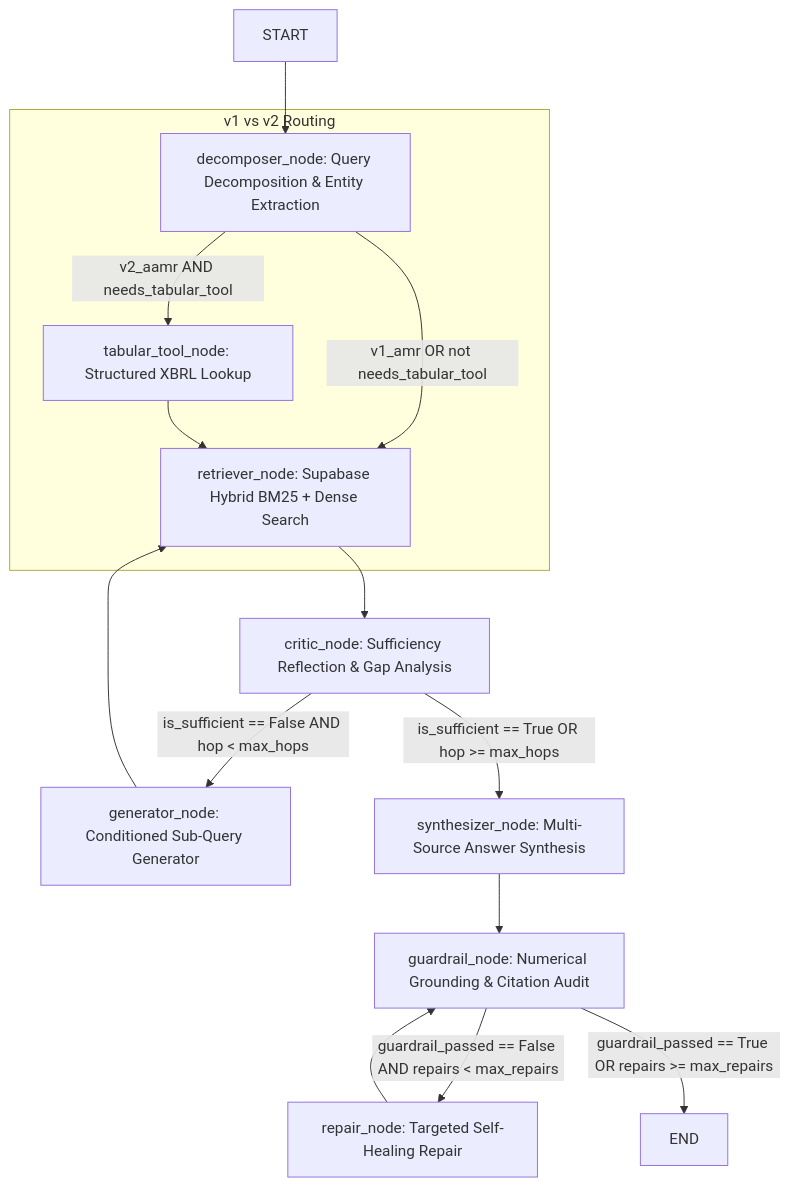
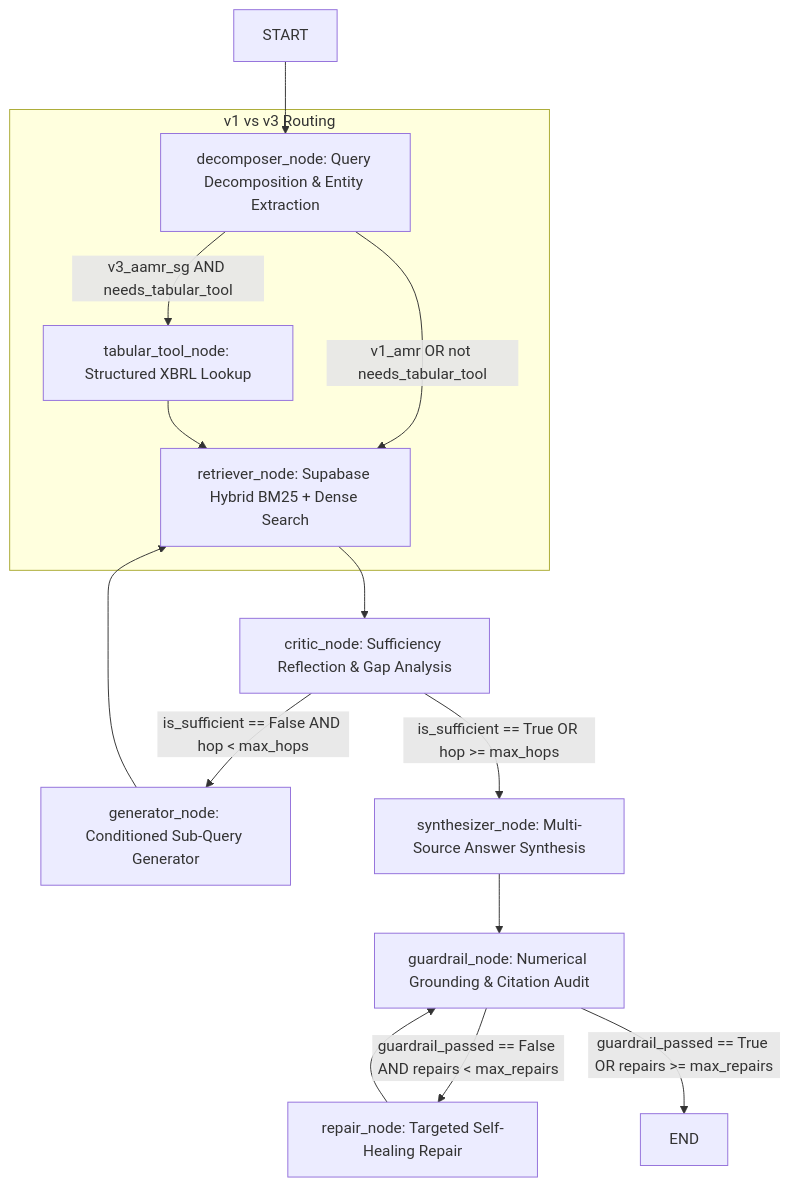
One commit to AmandaTSY99/cs614_group8 changed the diagram in reports/CS614_Group8_System_C_and_RQ3_Final_Report.md. Above: the diagram before and after it, drawn with Mermaid. The commit also changed 20 other files, not shown here.

````diff
--- a/reports/CS614_Group8_System_C_and_RQ3_Final_Report.md
+++ b/reports/CS614_Group8_System_C_and_RQ3_Final_Report.md
@@ -47,23 +47,23 @@
 ```mermaid
 flowchart TD
     START --> Decomposer[decomposer_node: Query Decomposition & Entity Extraction]
     
-    subgraph RoutingLogic["v1 vs v2 Routing"]
-        Decomposer -->|v2_aamr AND needs_tabular_tool| TabularTool[tabular_tool_node: Structured XBRL Lookup]
+    subgraph RoutingLogic["v1 vs v3 Routing"]
+        Decomposer -->|v3_aamr_sg AND needs_tabular_tool| TabularTool[tabular_tool_node: Structured XBRL Lookup]
         Decomposer -->|v1_amr OR not needs_tabular_tool| Retriever[retriever_node: Supabase Hybrid BM25 + Dense Search]
         TabularTool --> Retriever
     end
 
     Retriever --> Critic[critic_node: Sufficiency Reflection & Gap Analysis]
     
     Critic -->|is_sufficient == False AND hop < max_hops| Generator[generator_node: Conditioned Sub-Query Generator]
     Generator --> Retriever
 
     Critic -->|is_sufficient == True OR hop >= max_hops| Synthesizer[synthesizer_node: Multi-Source Answer Synthesis]
 
     Synthesizer --> Guardrail[guardrail_node: Numerical Grounding & Citation Audit]
     
     Guardrail -->|guardrail_passed == False AND repairs < max_repairs| Repair[repair_node: Targeted Self-Healing Repair]
     Repair --> Guardrail
     Guardrail -->|guardrail_passed == True OR repairs >= max_repairs| END
 ```
````
